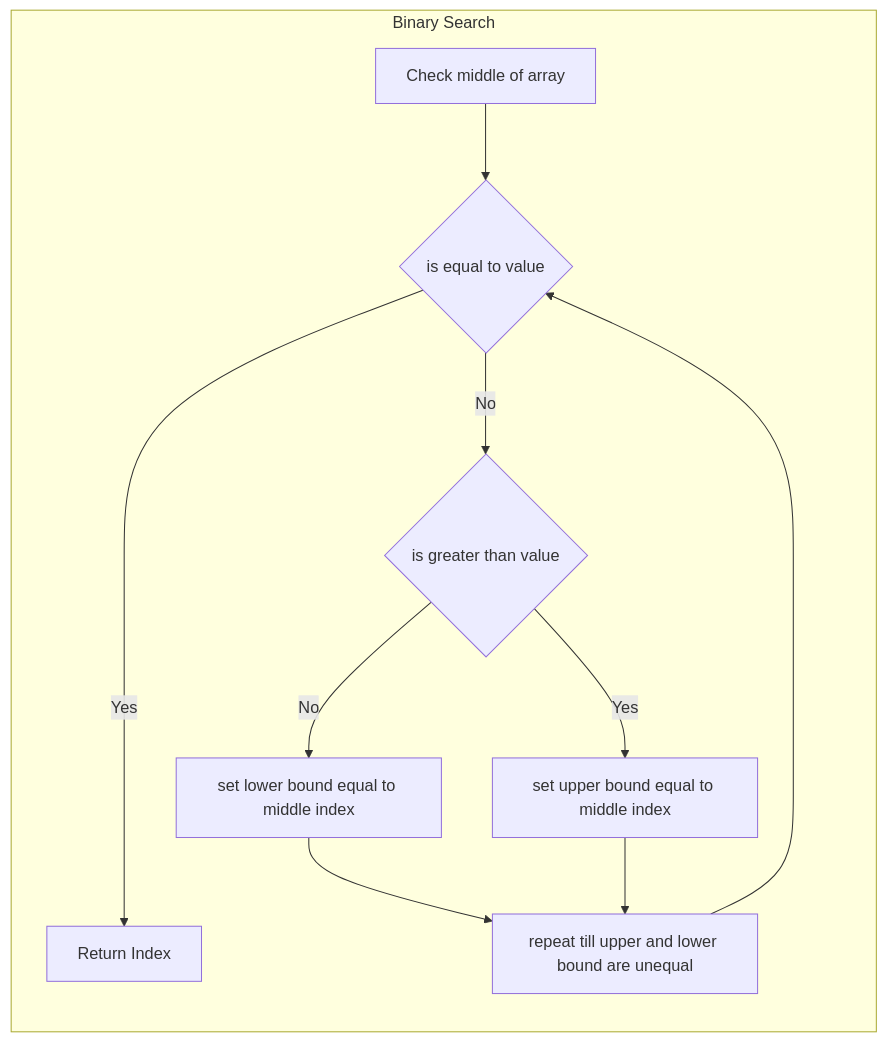
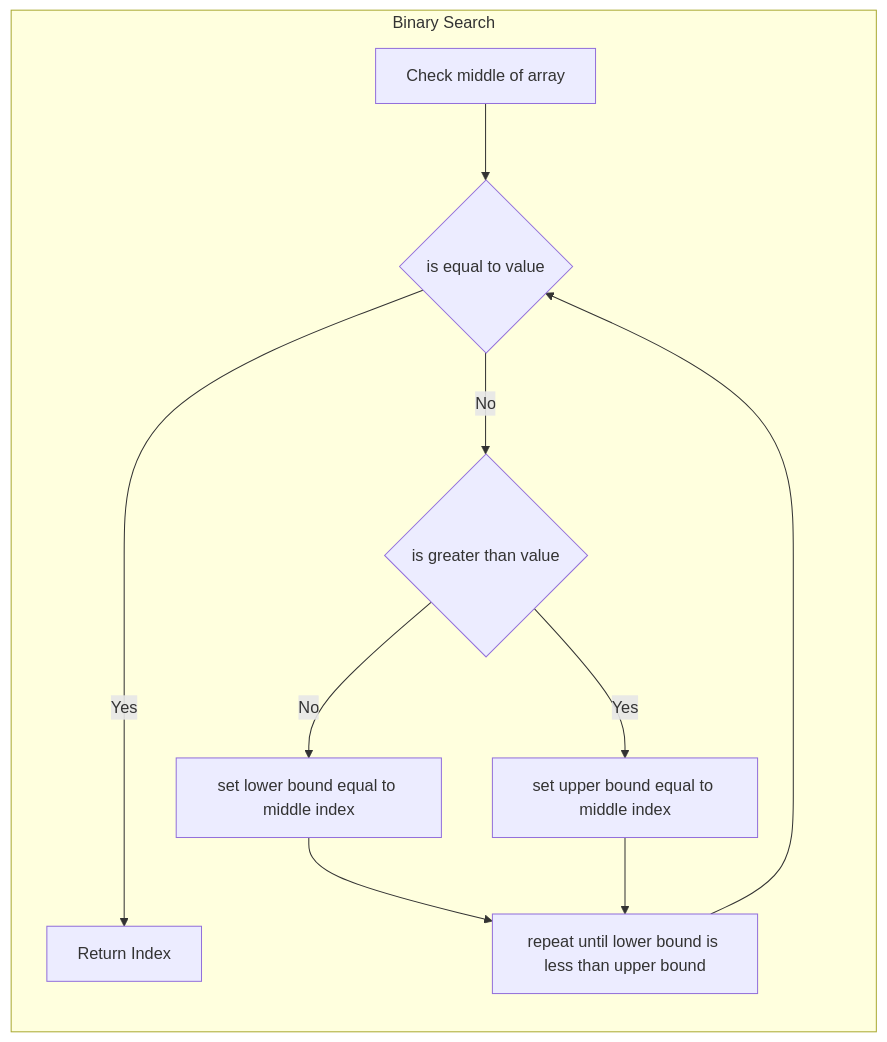
One commit to kurayami07734/Cpp-projects changed the diagram in Notes/Algorithms/SearchingAlgorithms.md. Above: the diagram before and after it, drawn with Mermaid.

Commit message:
corrected grammar in flowchart of binary search

````diff
--- a/Notes/Algorithms/SearchingAlgorithms.md
+++ b/Notes/Algorithms/SearchingAlgorithms.md
@@ -28,13 +28,13 @@
 ```mermaid
 graph LR
     subgraph "Binary Search"
     Step1[Check middle of array] --> Step2{is equal to value};
     Step2 -- Yes ----> Step4[Return Index];
     Step2 -- No --> Step5{is greater than value};
     Step5 -- Yes --> Step6[set upper bound equal to middle index];
     Step5 -- No --> Step7[set lower bound equal to middle index];
-    Step7 --> Step8[repeat till upper and lower bound are unequal ];
+    Step7 --> Step8[repeat until lower bound is less than upper bound ];
     Step6 --> Step8;
     Step8 --> Step2;
 end
 ```
````
